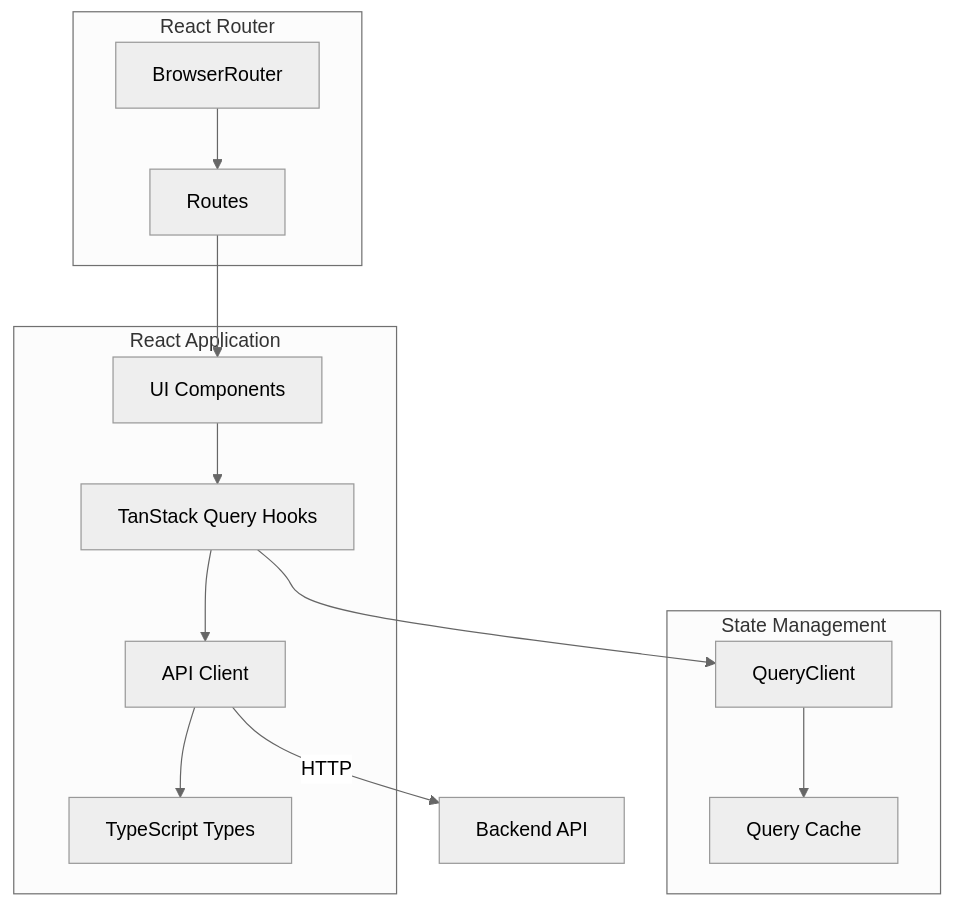
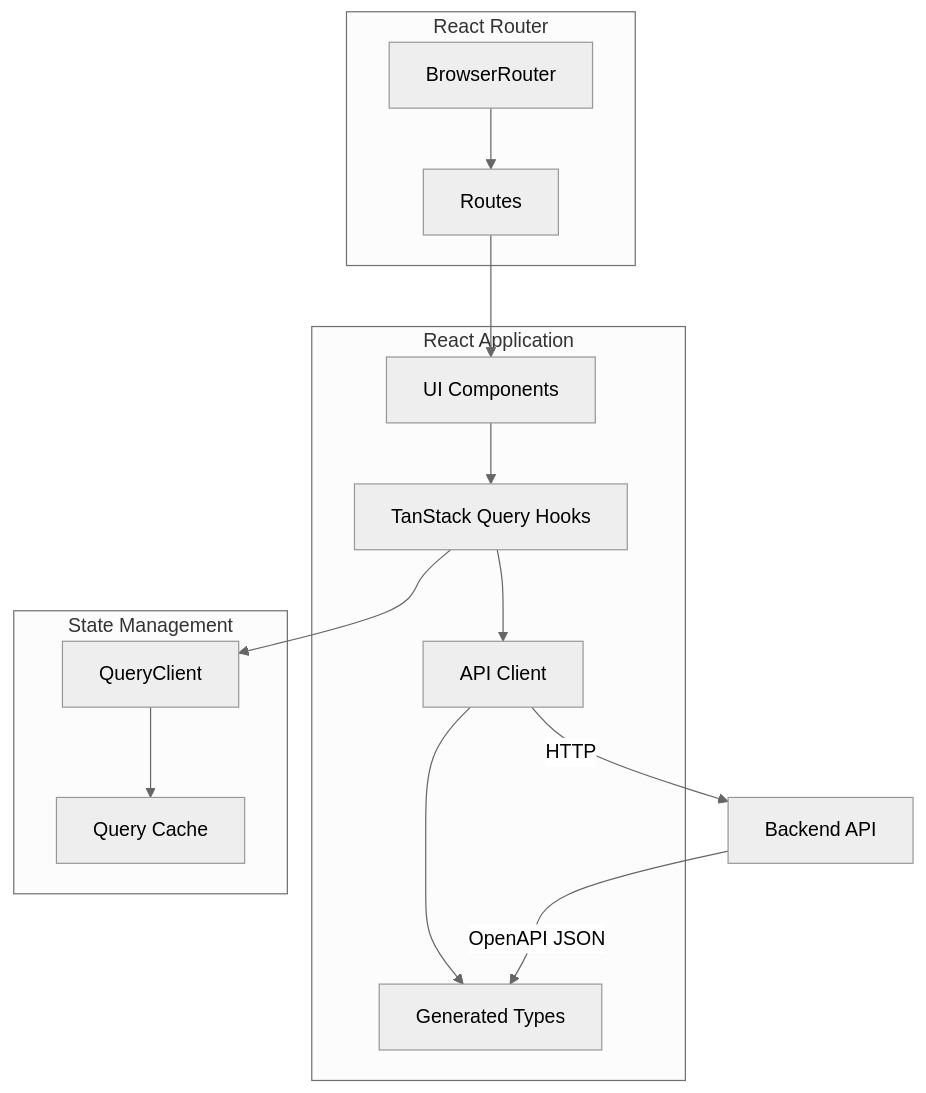
Before and after one commit to azakharo/OptiView: the second of 3 diagrams in doc/plans/stage4-frontend-setup-detailed-plan.md, drawn with Mermaid (neutral theme). The commit also changed other lines of this file and 1 other file, not shown here.

Commit message:
added types auto-code-gen

````diff
--- a/doc/plans/stage4-frontend-setup-detailed-plan.md
+++ b/doc/plans/stage4-frontend-setup-detailed-plan.md
@@ -153,29 +113,30 @@
 ```mermaid
 flowchart TB
     subgraph Frontend [React Application]
         UI[UI Components]
         Hooks[TanStack Query Hooks]
         API[API Client]
-        Types[TypeScript Types]
+        GenTypes[Generated Types]
     end
 
     subgraph State [State Management]
         QC[QueryClient]
         Cache[Query Cache]
     end
 
     subgraph Routing [React Router]
         Router[BrowserRouter]
         Routes[Routes]
     end
 
     UI --> Hooks
     Hooks --> QC
     QC --> Cache
     Hooks --> API
-    API --> Types
+    API --> GenTypes
     Router --> Routes
     Routes --> UI
 
     API -->|HTTP| Backend[Backend API]
+    Backend -->|OpenAPI JSON| GenTypes
 ```
````
